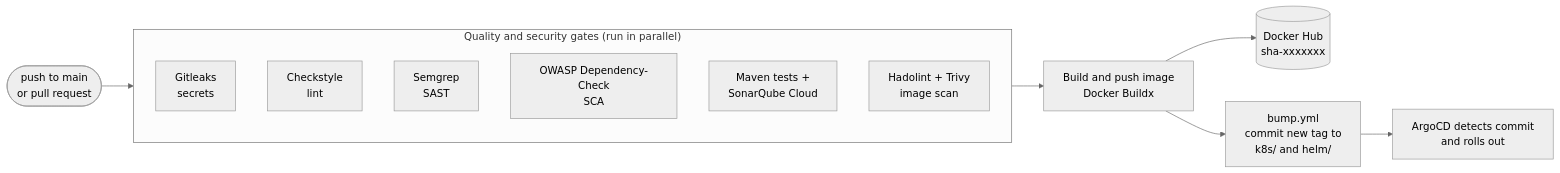
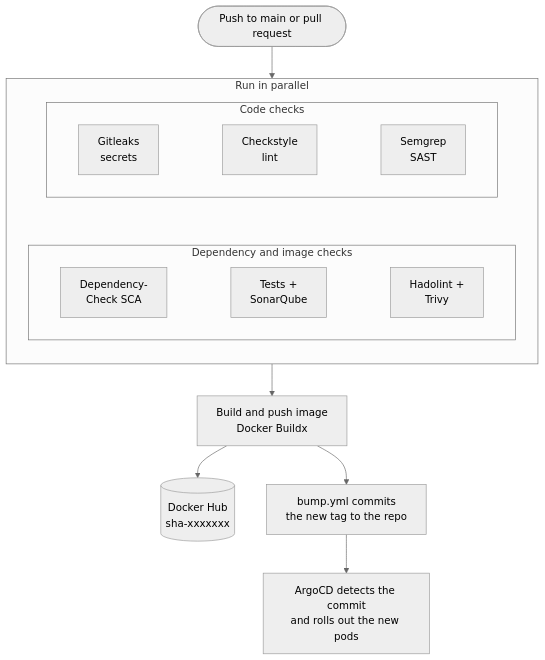
One commit to shashankcodes-10/NexaBank changed the fourth of 8 diagrams in README.md. Above: the diagram before and after it, drawn with Mermaid (neutral theme). The commit also changed other lines of this file and 7 other files, not shown here.

Commit message:
docs: readable diagrams and application screenshots in the README

````diff
--- a/README.md
+++ b/README.md
@@ -171,19 +202,23 @@
 ```mermaid
-flowchart LR
-    push([push to main<br/>or pull request]) --> par
+flowchart TB
+    push([Push to main or pull request])
 
-    subgraph par["Quality and security gates (run in parallel)"]
+    subgraph par["Run in parallel"]
         direction TB
-        g1[Gitleaks<br/>secrets]
-        g2[Checkstyle<br/>lint]
-        g3[Semgrep<br/>SAST]
-        g4[OWASP Dependency-Check<br/>SCA]
-        g5[Maven tests +<br/>SonarQube Cloud]
-        g6[Hadolint + Trivy<br/>image scan]
+        subgraph c1["Code checks"]
+            direction LR
+            g1[Gitleaks<br/>secrets] ~~~ g2[Checkstyle<br/>lint] ~~~ g3[Semgrep<br/>SAST]
+        end
+        subgraph c2["Dependency and image checks"]
+            direction LR
+            g4[Dependency-<br/>Check SCA] ~~~ g5[Tests +<br/>SonarQube] ~~~ g6[Hadolint +<br/>Trivy]
+        end
+        c1 ~~~ c2
     end
 
+    push --> par
     par --> build[Build and push image<br/>Docker Buildx]
     build --> hub[(Docker Hub<br/>sha-xxxxxxx)]
-    build --> bump[bump.yml<br/>commit new tag to<br/>k8s/ and helm/]
-    bump --> argo[ArgoCD detects commit<br/>and rolls out]
+    build --> bump[bump.yml commits<br/>the new tag to the repo]
+    bump --> argo[ArgoCD detects the commit<br/>and rolls out the new pods]
 ```
````
